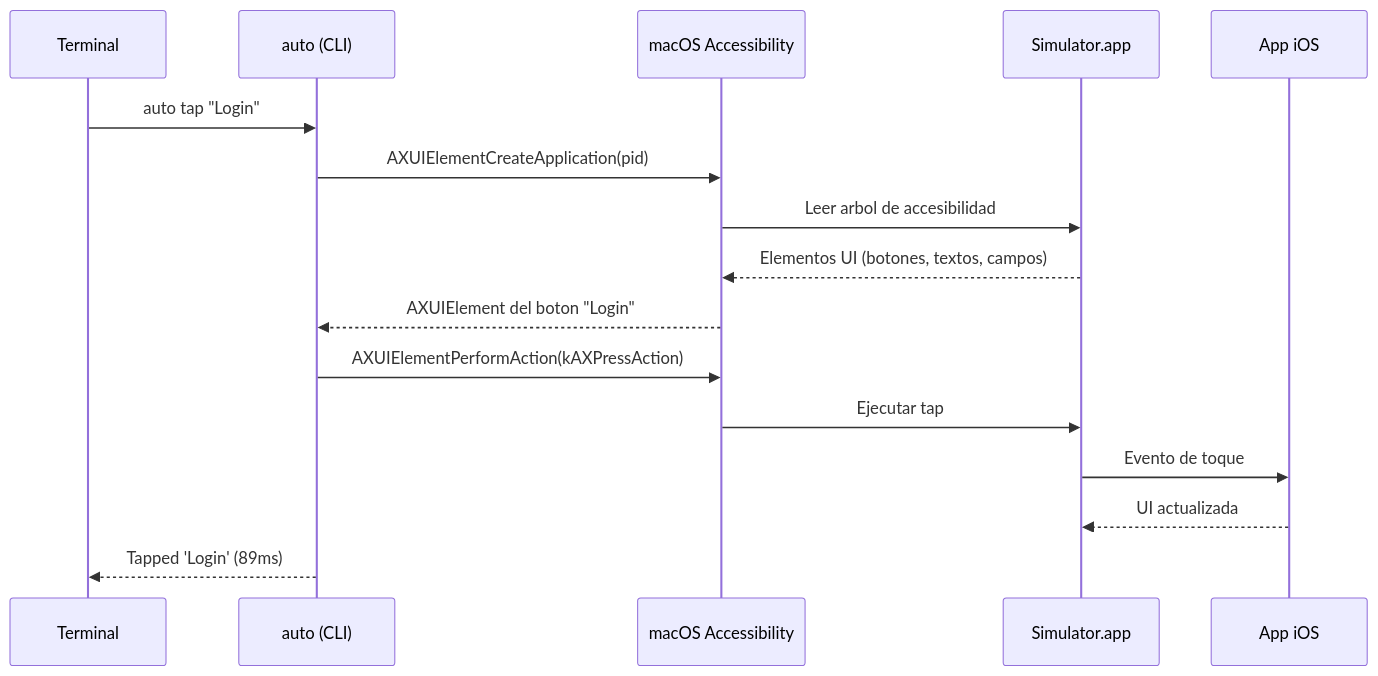
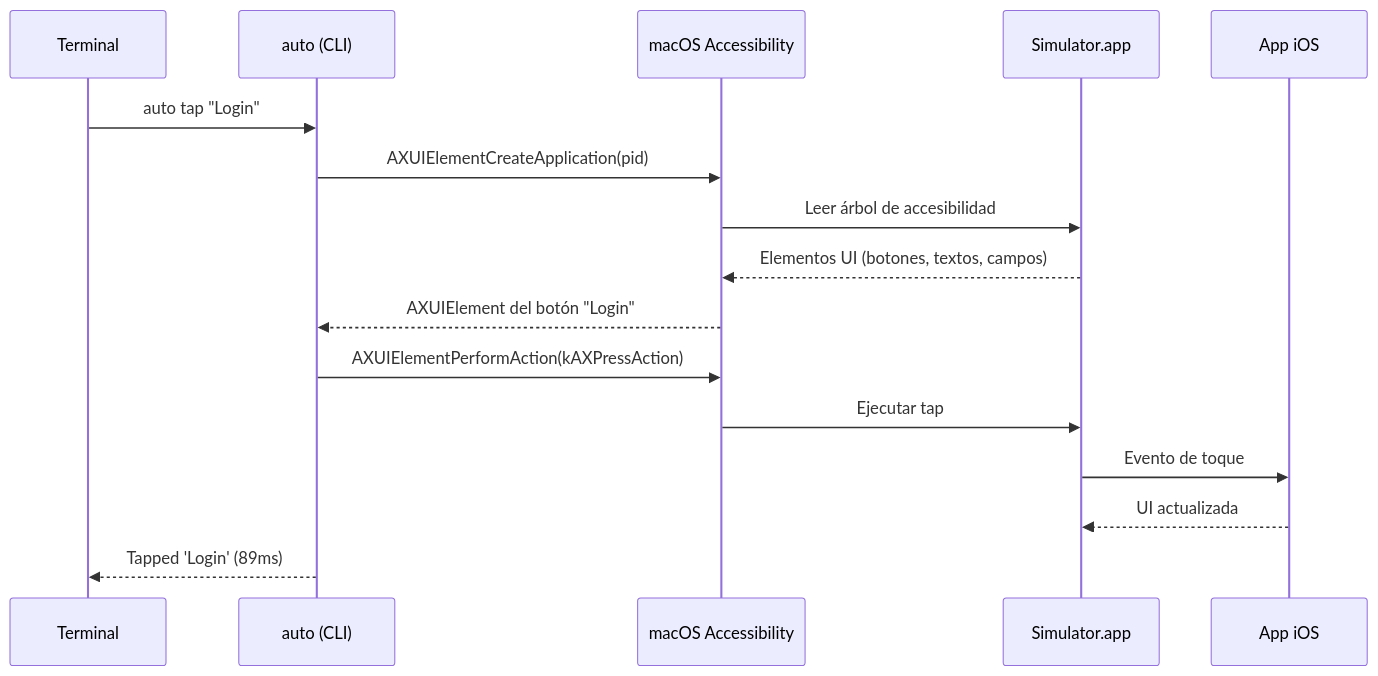
Before and after one commit to fsaldivar-dev/AutoPilot: the diagram in docs/libro/01-el-problema.md, drawn with Mermaid. The commit also changed other lines of this file and 8 other files, not shown here.

````diff
--- a/docs/libro/01-el-problema.md
+++ b/docs/libro/01-el-problema.md
@@ -33,19 +33,19 @@
 ```mermaid
 sequenceDiagram
     participant T as Terminal
     participant A as auto (CLI)
     participant AX as macOS Accessibility
     participant S as Simulator.app
     participant iOS as App iOS
 
     T->>A: auto tap "Login"
     A->>AX: AXUIElementCreateApplication(pid)
-    AX->>S: Leer arbol de accesibilidad
+    AX->>S: Leer árbol de accesibilidad
     S-->>AX: Elementos UI (botones, textos, campos)
-    AX-->>A: AXUIElement del boton "Login"
+    AX-->>A: AXUIElement del botón "Login"
     A->>AX: AXUIElementPerformAction(kAXPressAction)
     AX->>S: Ejecutar tap
     S->>iOS: Evento de toque
     iOS-->>S: UI actualizada
     A-->>T: Tapped 'Login' (89ms)
 ```
````
